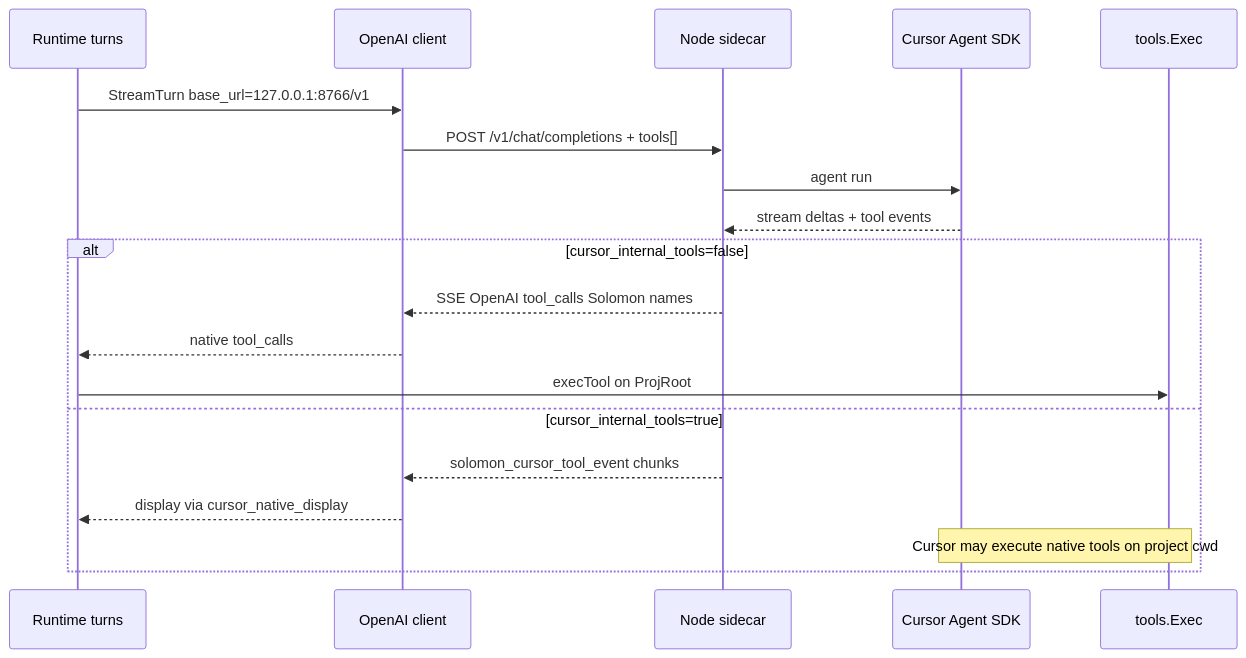
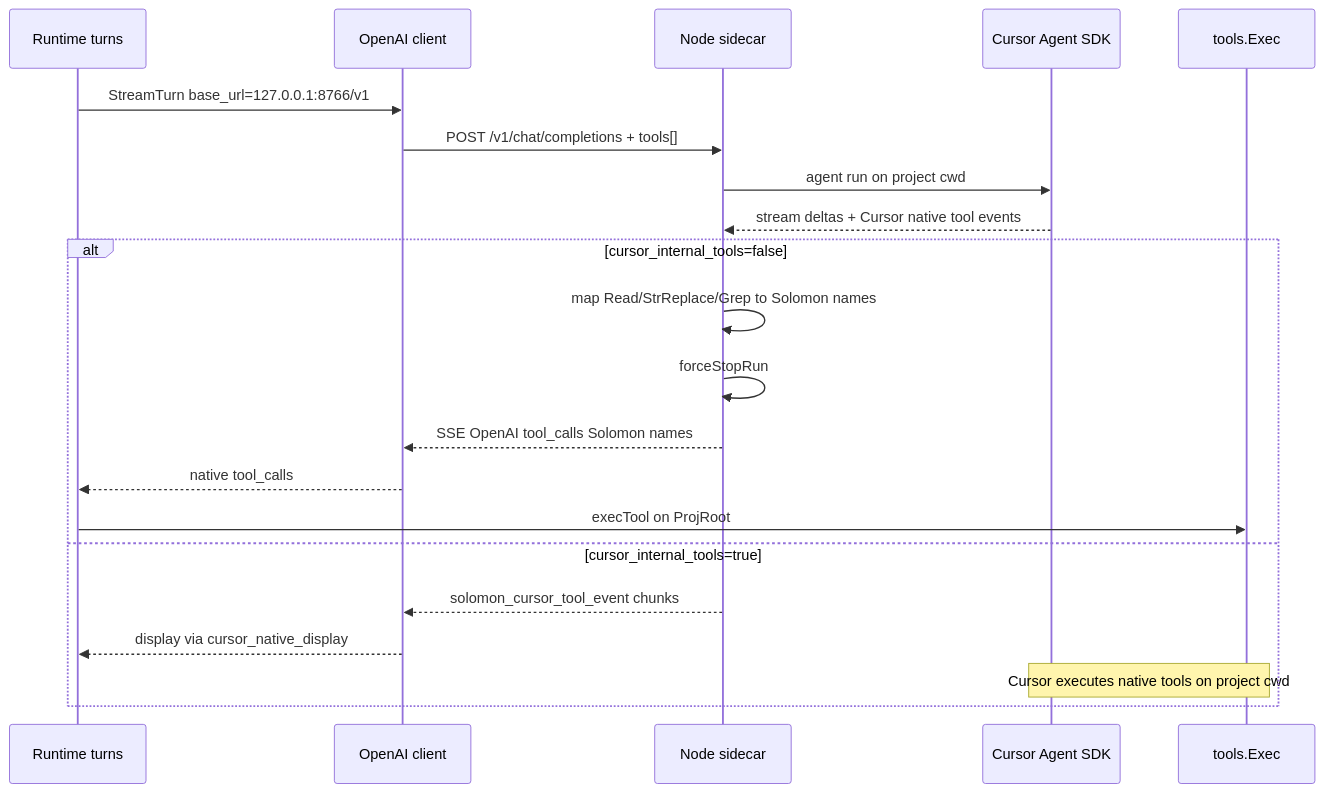
Before and after one commit to SAPPHIR3-ROS3/Solomon: the diagram in docs/architecture/cursor-integration.md, drawn with Mermaid. The commit also changed other lines of this file and 10 other files, not shown here.

First line of the commit message:
Unify Cursor bridge so mapped tools always run in Solomon.

````diff
--- a/docs/architecture/cursor-integration.md
+++ b/docs/architecture/cursor-integration.md
@@ -23,22 +23,24 @@
 ```mermaid
 sequenceDiagram
   participant RT as Runtime turns
   participant LLM as OpenAI client
   participant Side as Node sidecar
   participant SDK as Cursor Agent SDK
   participant Go as tools.Exec
 
   RT->>LLM: StreamTurn base_url=127.0.0.1:8766/v1
   LLM->>Side: POST /v1/chat/completions + tools[]
-  Side->>SDK: agent run
-  SDK-->>Side: stream deltas + tool events
+  Side->>SDK: agent run on project cwd
+  SDK-->>Side: stream deltas + Cursor native tool events
   alt cursor_internal_tools=false
+    Side->>Side: map Read/StrReplace/Grep to Solomon names
+    Side->>Side: forceStopRun
     Side-->>LLM: SSE OpenAI tool_calls Solomon names
     LLM-->>RT: native tool_calls
     RT->>Go: execTool on ProjRoot
   else cursor_internal_tools=true
     Side-->>LLM: solomon_cursor_tool_event chunks
     LLM-->>RT: display via cursor_native_display
-    Note over SDK,Go: Cursor may execute native tools on project cwd
+    Note over SDK,Go: Cursor executes native tools on project cwd
   end
 ```
````
